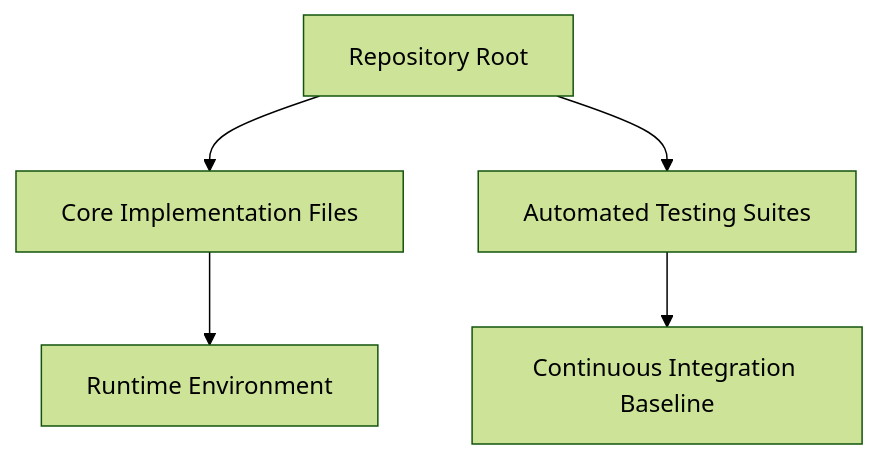
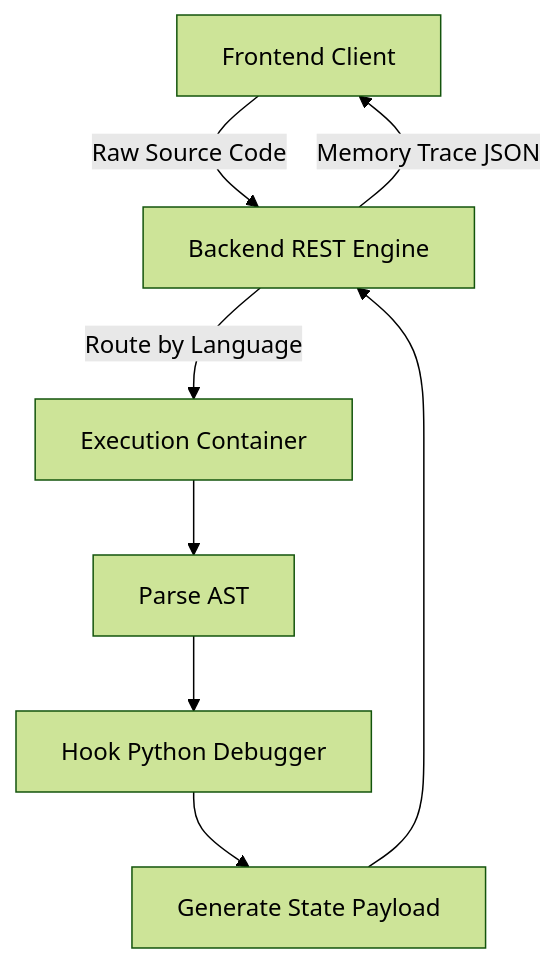
Before and after one commit to krsna016/pathrise-python-tutor: the diagram in README.md, drawn with Mermaid (forest theme). The commit also changed other lines of this file and 2 other files, not shown here.

Commit message:
docs: 10-phase engineering audit, bespoke README reconstruction, and Python AST syntax tests

````diff
--- a/README.md
+++ b/README.md
@@ -19,7 +21,12 @@
 ```mermaid
 graph TD
-    Root[Repository Root] --> Logic[Core Implementation Files]
-    Root --> Tests[Automated Testing Suites]
-    Logic --> Execution[Runtime Environment]
-    Tests --> CI[Continuous Integration Baseline]
+    User[Frontend Client] -->|Raw Source Code| API[Backend REST Engine]
+    API -->|Route by Language| Exec[Execution Container]
+    
+    Exec --> AST[Parse AST]
+    AST --> BDB[Hook Python Debugger]
+    BDB --> JSON[Generate State Payload]
+    
+    JSON --> API
+    API -->|Memory Trace JSON| User
 ```
````
